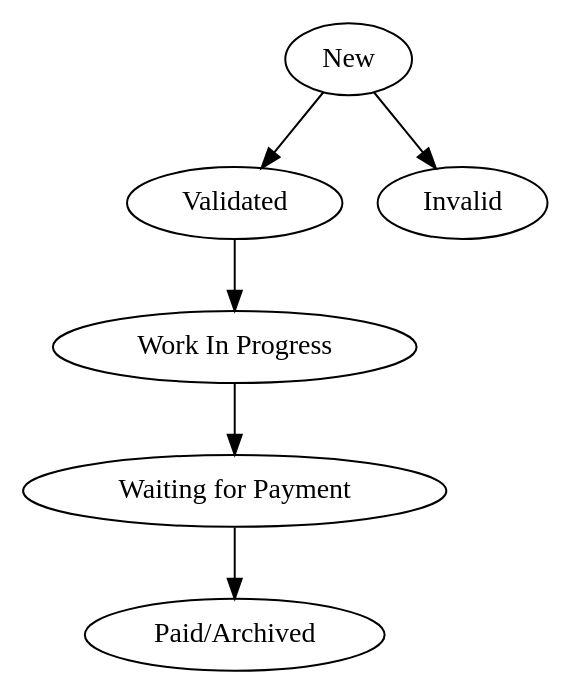
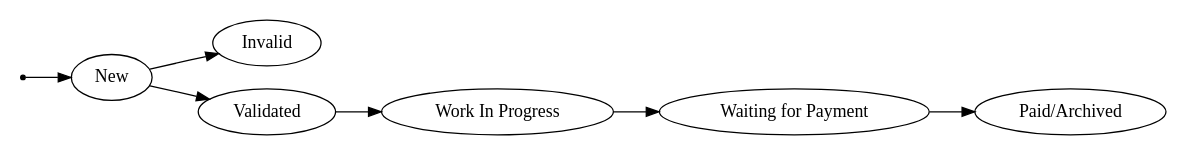
The diagram in states.gv (TimoFreiberg/typestate-post), drawn with Graphviz before and after one commit. The commit also changed other lines of this file and 1 other file, not shown here.

Commit message:
Update diagram

```diff
--- a/states.gv
+++ b/states.gv
@@ -1,7 +1,14 @@
 digraph G {
+    rankdir="LR"
+    size="8"
+    
+    node [shape = point]; init;
+
+    node [shape = ellipse];
+    init -> New;
+    New -> Invalid
     New -> Validated 
         -> "Work In Progress" 
         -> "Waiting for Payment" 
         -> "Paid/Archived"
-    New -> Invalid
 }
```
